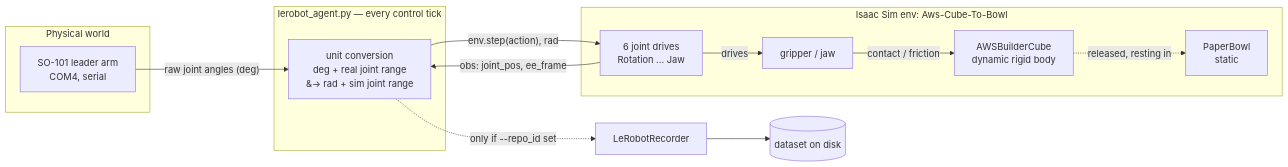
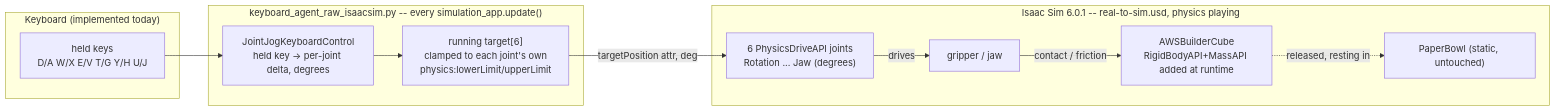
One commit to aakashvardhan/Real2Sim2Real changed the diagram in docs/aws-cube-to-bowl-teleop-plan.md. Above: the diagram before and after it, drawn with Mermaid. The commit also changed other lines of this file and 20 other files, not shown here.

First line of the commit message:
feat: Add leader arm teleoperation script for Isaac Sim

````diff
--- a/docs/aws-cube-to-bowl-teleop-plan.md
+++ b/docs/aws-cube-to-bowl-teleop-plan.md
@@ -23,29 +35,20 @@
 ```mermaid
 flowchart LR
-    subgraph PHYS["Physical world"]
-        LEADER["SO-101 leader arm<br/>COM4, serial"]
+    subgraph KB["Keyboard (implemented today)"]
+        KEYS["held keys<br/>D/A W/X E/V T/G Y/H U/J"]
+    end
+    subgraph HOST["keyboard_agent_raw_isaacsim.py -- every simulation_app.update()"]
+        JOG["JointJogKeyboardControl<br/>held key -> per-joint delta, degrees"]
+        TARGETS["running target[6]<br/>clamped to each joint's own<br/>physics:lowerLimit/upperLimit"]
+    end
+    subgraph SIM["Isaac Sim 6.0.1 -- real-to-sim.usd, physics playing"]
+        JOINTS["6 PhysicsDriveAPI joints<br/>Rotation ... Jaw (degrees)"]
+        GRIP["gripper / jaw"]
+        CUBE["AWSBuilderCube<br/>RigidBodyAPI+MassAPI added at runtime"]
+        BOWL["PaperBowl (static, untouched)"]
     end
 
-    subgraph HOST["lerobot_agent.py — every control tick"]
-        CONV["unit conversion<br/>deg + real joint range<br/>&#8594; rad + sim joint range"]
-    end
-
-    subgraph SIMENV["Isaac Sim env: Aws-Cube-To-Bowl"]
-        JOINTS["6 joint drives<br/>Rotation ... Jaw"]
-        GRIP["gripper / jaw"]
-        CUBE["AWSBuilderCube<br/>dynamic rigid body"]
-        BOWL["PaperBowl<br/>static"]
-    end
-
-    REC["LeRobotRecorder"]
-    DISK[("dataset on disk")]
-
-    LEADER -- "raw joint angles (deg)" --> CONV
-    CONV -- "env.step(action), rad" --> JOINTS
-    JOINTS -- "drives" --> GRIP
-    GRIP -- "contact / friction" --> CUBE
+    KEYS --> JOG --> TARGETS -- "targetPosition attr, deg" --> JOINTS
+    JOINTS -- drives --> GRIP -- "contact / friction" --> CUBE
     CUBE -. "released, resting in" .-> BOWL
-    JOINTS -- "obs: joint_pos, ee_frame" --> CONV
-    CONV -. "only if --repo_id set" .-> REC
-    REC --> DISK
 ```
````
